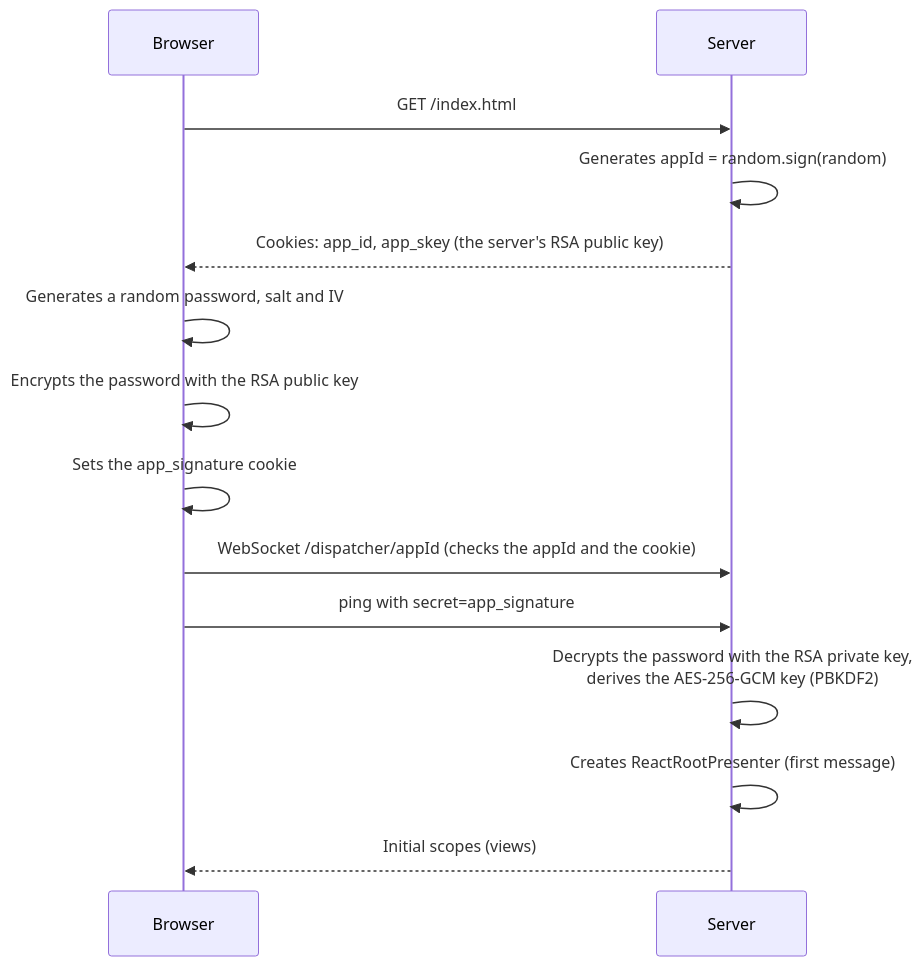
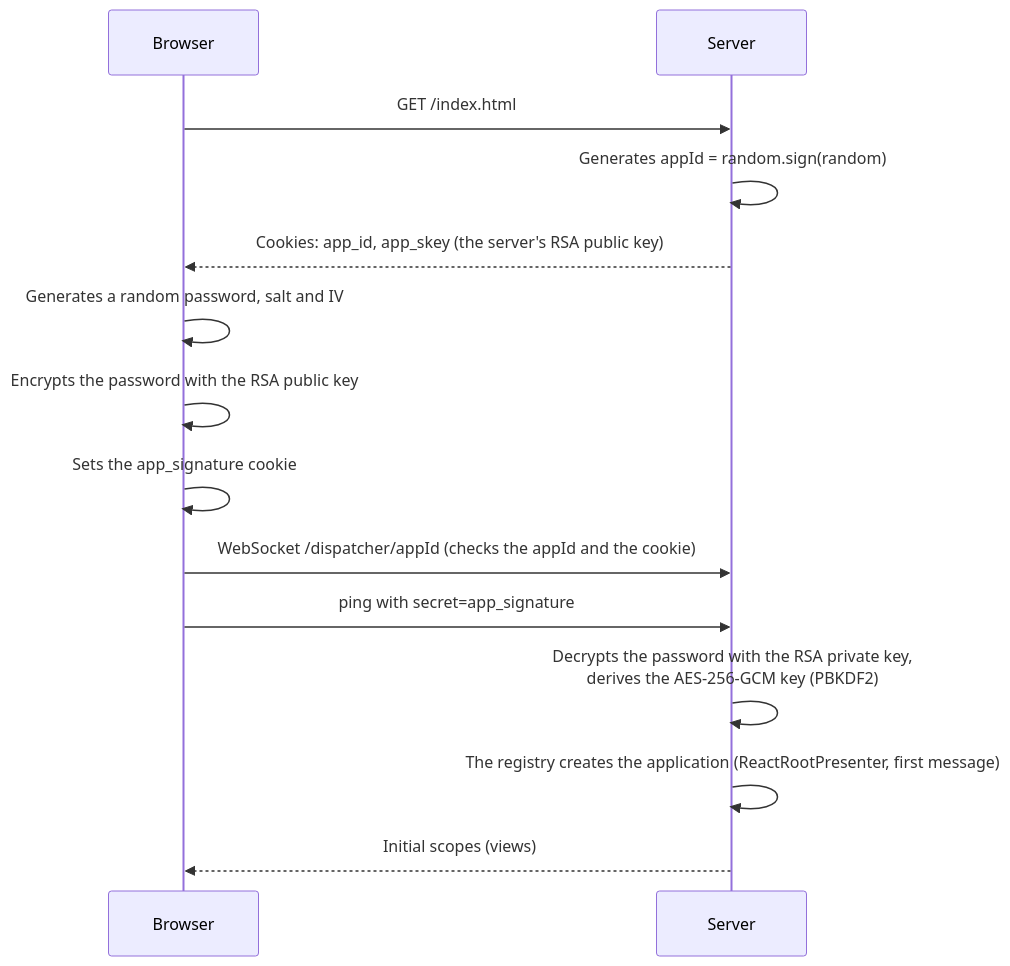
Before and after one commit to mrcdom/wdc-cube-kotlin: the fifth of 9 diagrams in docs/architecture-react.md, drawn with Mermaid. The commit also changed other lines of this file and 89 other files, not shown here.

````diff
--- a/docs/architecture-react.md
+++ b/docs/architecture-react.md
@@ -162,19 +170,19 @@
 ```mermaid
 sequenceDiagram
     participant Browser as Browser
     participant Server as Server
 
     Browser->>Server: GET /index.html
     Server->>Server: Generates appId = random.sign(random)
     Server-->>Browser: Cookies: app_id, app_skey (the server's RSA public key)
 
     Browser->>Browser: Generates a random password, salt and IV
     Browser->>Browser: Encrypts the password with the RSA public key
     Browser->>Browser: Sets the app_signature cookie
 
     Browser->>Server: WebSocket /dispatcher/appId (checks the appId and the cookie)
     Browser->>Server: ping with secret=app_signature
     Server->>Server: Decrypts the password with the RSA private key,<br/>derives the AES-256-GCM key (PBKDF2)
-    Server->>Server: Creates ReactRootPresenter (first message)
+    Server->>Server: The registry creates the application (ReactRootPresenter, first message)
     Server-->>Browser: Initial scopes (views)
 ```
````
